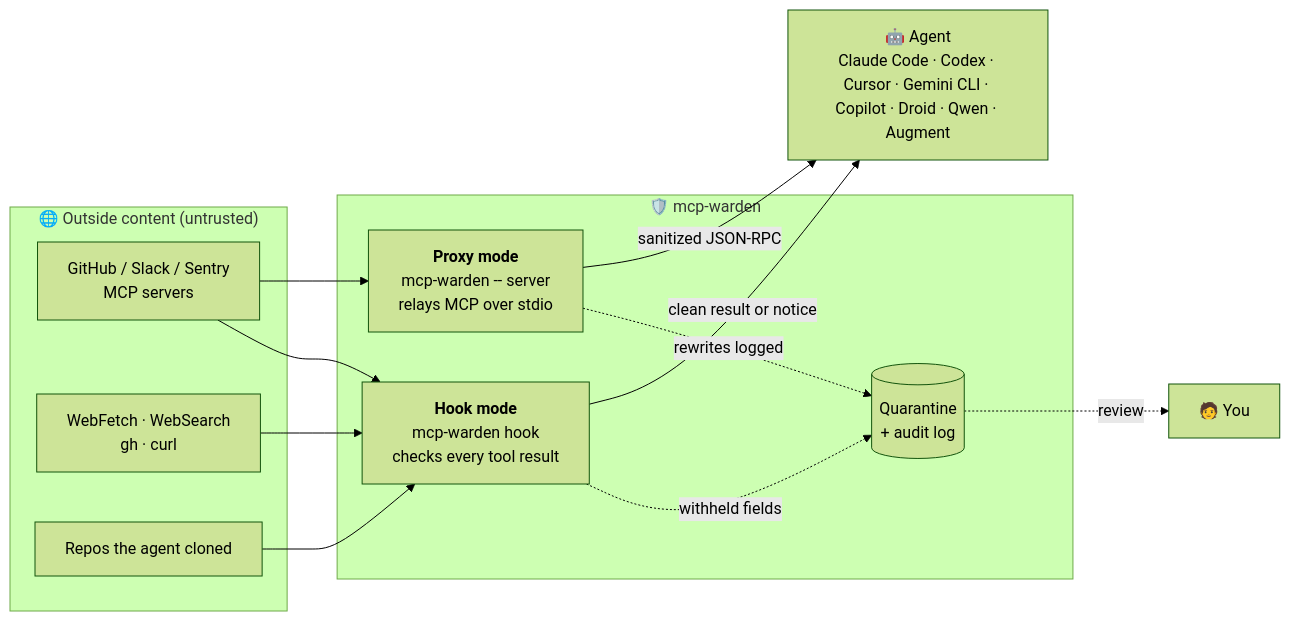
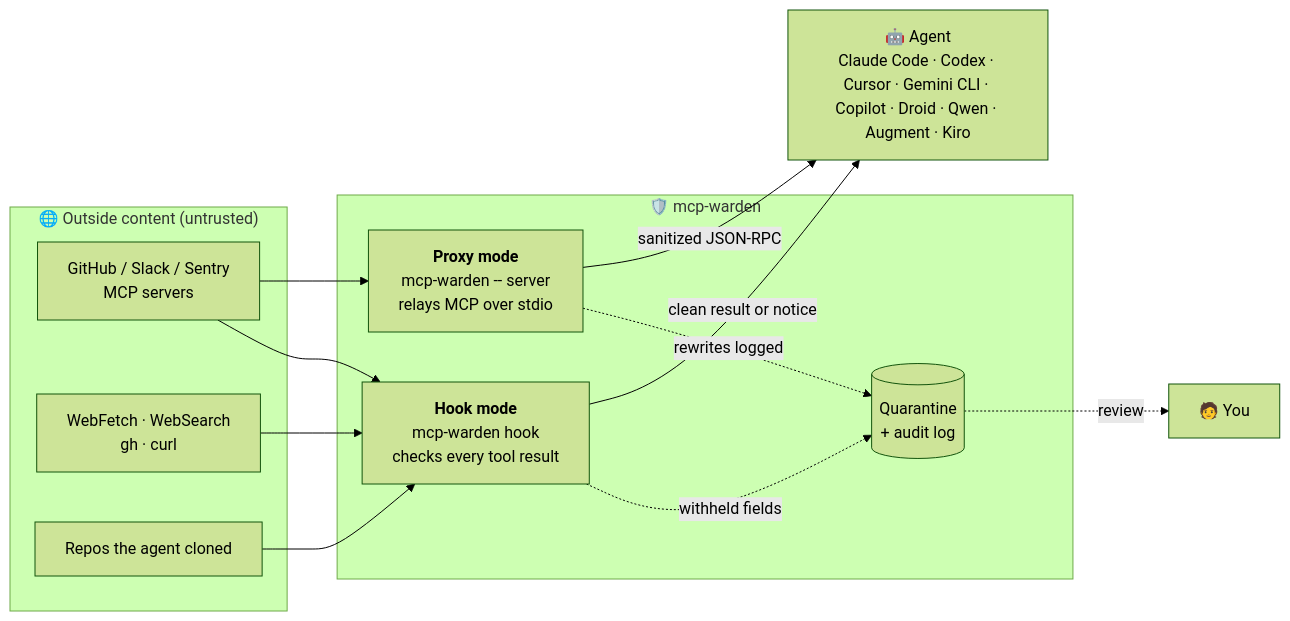
The first of 4 diagrams in README.md (AncientiCe/mcp-warden), drawn with Mermaid (forest theme) before and after one commit. The commit also changed other lines of this file and 6 other files, not shown here.

````diff
--- a/README.md
+++ b/README.md
@@ -102,27 +102,27 @@
 ```mermaid
 flowchart LR
     subgraph Outside["🌐 Outside content (untrusted)"]
         GH["GitHub / Slack / Sentry<br/>MCP servers"]
         WEB["WebFetch · WebSearch<br/>gh · curl"]
         CLONE["Repos the agent cloned"]
     end
 
     subgraph Warden["🛡️ mcp-warden"]
         HOOK["<b>Hook mode</b><br/>mcp-warden hook<br/>checks every tool result"]
         PROXY["<b>Proxy mode</b><br/>mcp-warden -- server<br/>relays MCP over stdio"]
         Q[("Quarantine<br/>+ audit log")]
     end
 
-    AGENT["🤖 Agent<br/>Claude Code · Codex · Cursor · Gemini CLI · Copilot · Droid · Qwen · Augment"]
+    AGENT["🤖 Agent<br/>Claude Code · Codex · Cursor · Gemini CLI · Copilot · Droid · Qwen · Augment · Kiro"]
     YOU["🧑 You"]
 
     GH --> PROXY
     GH --> HOOK
     WEB --> HOOK
     CLONE --> HOOK
     HOOK -- "clean result or notice" --> AGENT
     PROXY -- "sanitized JSON-RPC" --> AGENT
     HOOK -. "withheld fields" .-> Q
     PROXY -. "rewrites logged" .-> Q
     Q -. "review" .-> YOU
 ```
````
